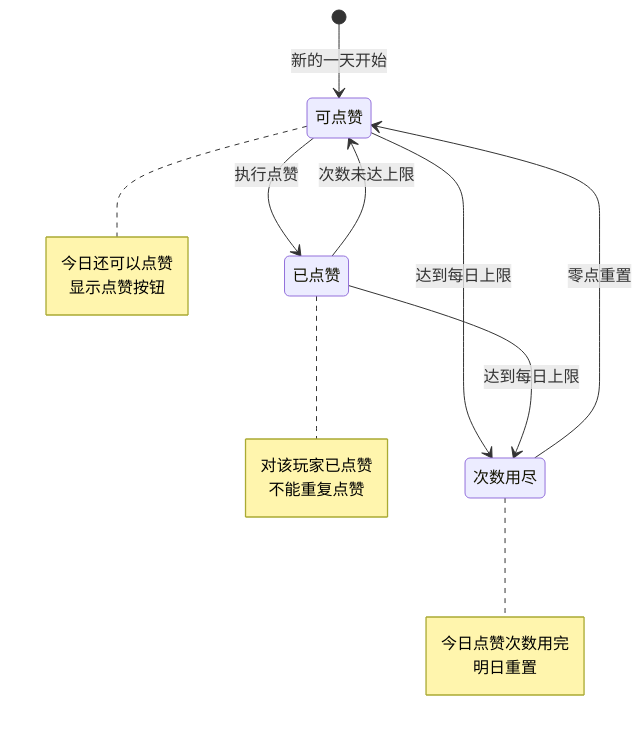
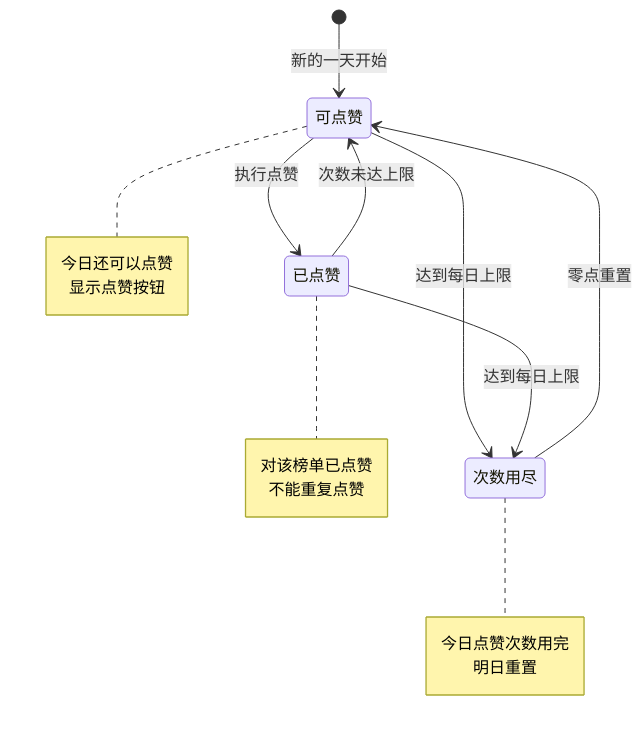
The second of 5 diagrams in docs/Module_Rank/06_实现细节.md (Alan-Ben/k2c_game_framework), drawn with Mermaid before and after one commit. The commit also changed other lines of this file and 15 other files, not shown here.

````diff
--- a/docs/Module_Rank/06_实现细节.md
+++ b/docs/Module_Rank/06_实现细节.md
@@ -116,24 +112,24 @@
 ```mermaid
 stateDiagram-v2
     [*] --> 可点赞: 新的一天开始
     可点赞 --> 已点赞: 执行点赞
     已点赞 --> 可点赞: 次数未达上限
     可点赞 --> 次数用尽: 达到每日上限
     已点赞 --> 次数用尽: 达到每日上限
     次数用尽 --> 可点赞: 零点重置
 
     note right of 可点赞
         今日还可以点赞
         显示点赞按钮
     end note
 
     note right of 已点赞
-        对该玩家已点赞
+        对该榜单已点赞
         不能重复点赞
     end note
 
     note right of 次数用尽
         今日点赞次数用完
         明日重置
     end note
 ```
````
